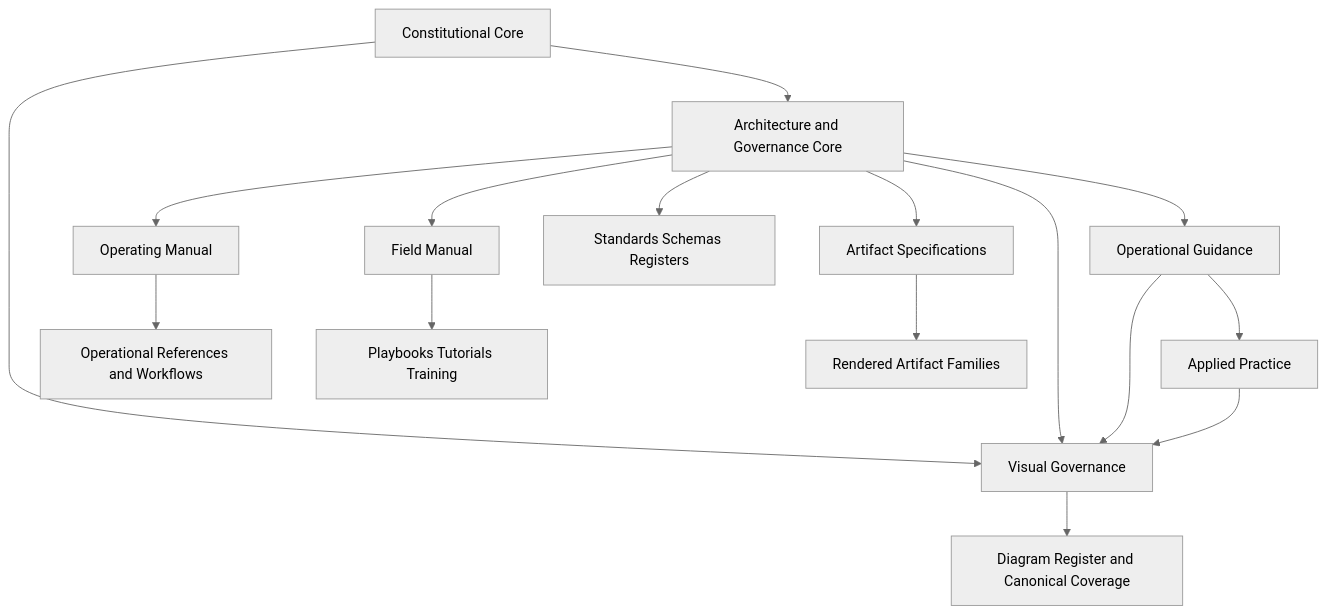
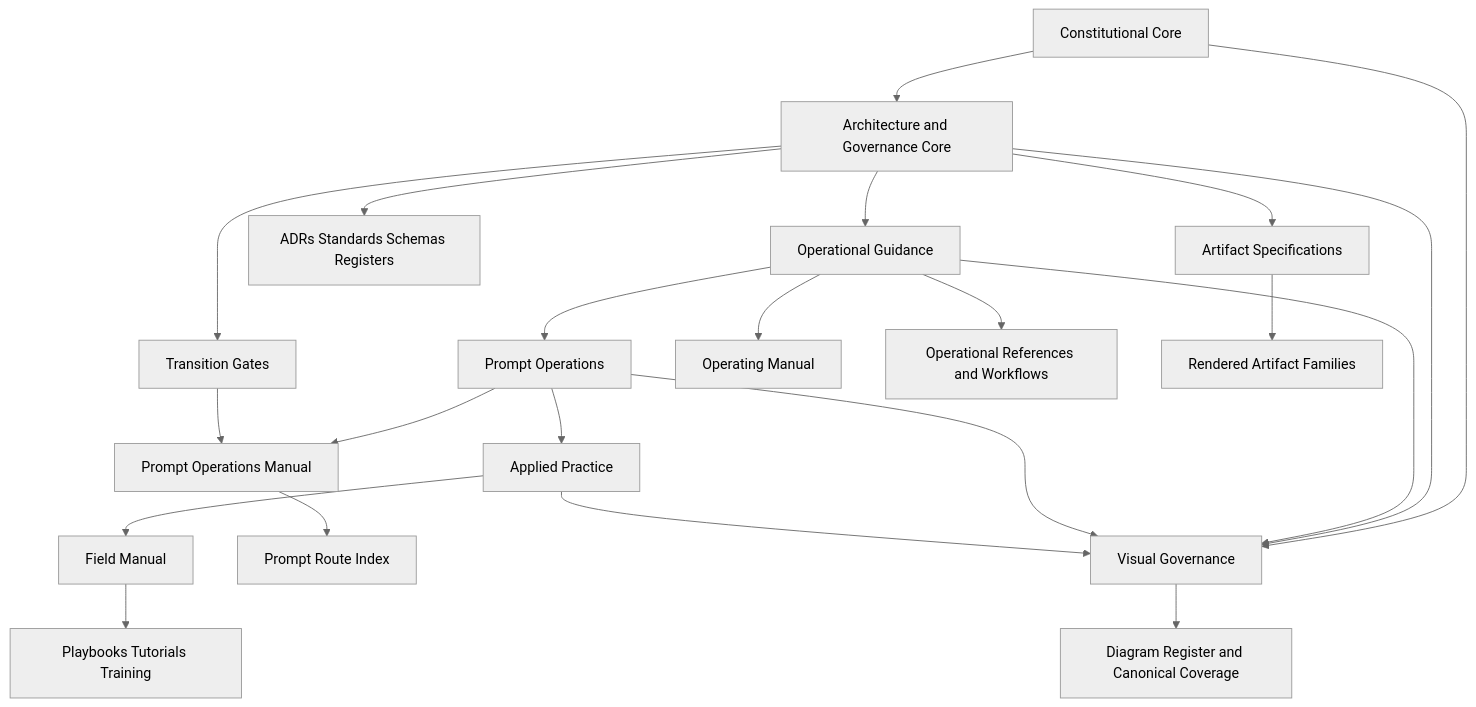
One commit to shawnfoster/AXI-Platform changed the diagram in Governance/Publications/Diagrams/DGM-004_Publication_Governance_Topology.md. Above: the diagram before and after it, drawn with Mermaid (neutral theme). The commit also changed other lines of this file and 11 other files, not shown here.

Commit message:
AI-051: publish prompt operations governance

````diff
--- a/Governance/Publications/Diagrams/DGM-004_Publication_Governance_Topology.md
+++ b/Governance/Publications/Diagrams/DGM-004_Publication_Governance_Topology.md
@@ -28,22 +29,28 @@
 ```mermaid
 flowchart TD
     CC["Constitutional Core"] --> AG["Architecture and Governance Core"]
     AG --> OG["Operational Guidance"]
-    OG --> AP["Applied Practice"]
+    OG --> PO["Prompt Operations"]
+    PO --> AP["Applied Practice"]
 
     CC --> VG["Visual Governance"]
     AG --> VG
     OG --> VG
+    PO --> VG
     AP --> VG
 
-    AG --> OM["Operating Manual"]
-    AG --> FM["Field Manual"]
-    AG --> STD["Standards Schemas Registers"]
+    AG --> STD["ADRs Standards Schemas Registers"]
+    AG --> TG["Transition Gates"]
     AG --> AS["Artifact Specifications"]
 
-    OM --> REF["Operational References and Workflows"]
+    OG --> OM["Operating Manual"]
+    OG --> REF["Operational References and Workflows"]
+    PO --> POM["Prompt Operations Manual"]
+    POM --> PRI["Prompt Route Index"]
+    TG --> POM
+    AP --> FM["Field Manual"]
     FM --> PB["Playbooks Tutorials Training"]
     AS --> RAF["Rendered Artifact Families"]
 
     VG --> DR["Diagram Register and Canonical Coverage"]
 ```
````
